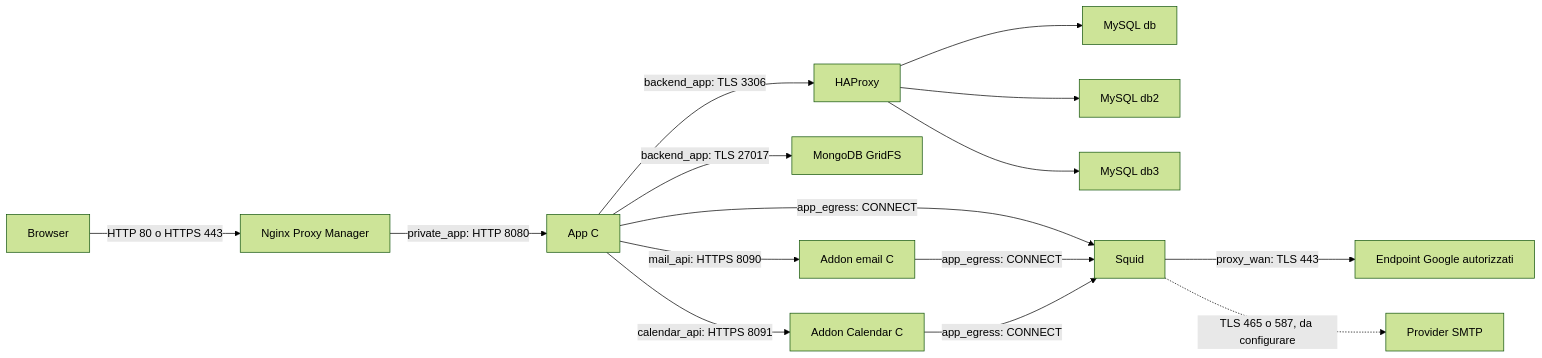
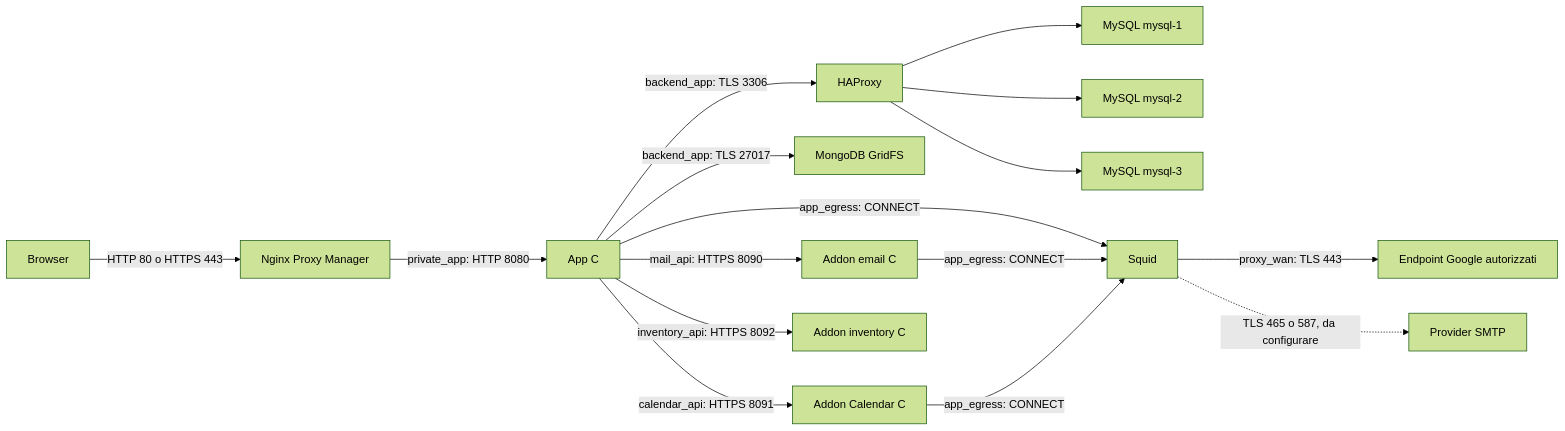
Before and after one commit to GiorgioOppo/Project-manager: the diagram in docs/tehnical/architettura.md, drawn with Mermaid (forest theme). The commit also changed other lines of this file and 99 other files, not shown here.

````diff
--- a/docs/tehnical/architettura.md
+++ b/docs/tehnical/architettura.md
@@ -18,17 +18,18 @@
 ```mermaid
 flowchart LR
     Browser[Browser] -->|HTTP 80 o HTTPS 443| NPM[Nginx Proxy Manager]
     NPM -->|private_app: HTTP 8080| App[App C]
     App -->|backend_app: TLS 3306| SQLProxy[HAProxy]
-    SQLProxy --> DB1[MySQL db]
-    SQLProxy --> DB2[MySQL db2]
-    SQLProxy --> DB3[MySQL db3]
+    SQLProxy --> DB1[MySQL mysql-1]
+    SQLProxy --> DB2[MySQL mysql-2]
+    SQLProxy --> DB3[MySQL mysql-3]
     App -->|backend_app: TLS 27017| Mongo[MongoDB GridFS]
     App -->|mail_api: HTTPS 8090| Mail[Addon email C]
     App -->|calendar_api: HTTPS 8091| Calendar[Addon Calendar C]
+    App -->|inventory_api: HTTPS 8092| Inventory[Addon inventory C]
     App -->|app_egress: CONNECT| Squid[Squid]
     Mail -->|app_egress: CONNECT| Squid
     Calendar -->|app_egress: CONNECT| Squid
     Squid -->|proxy_wan: TLS 443| Google[Endpoint Google autorizzati]
     Squid -.->|TLS 465 o 587, da configurare| SMTP[Provider SMTP]
 ```
````
